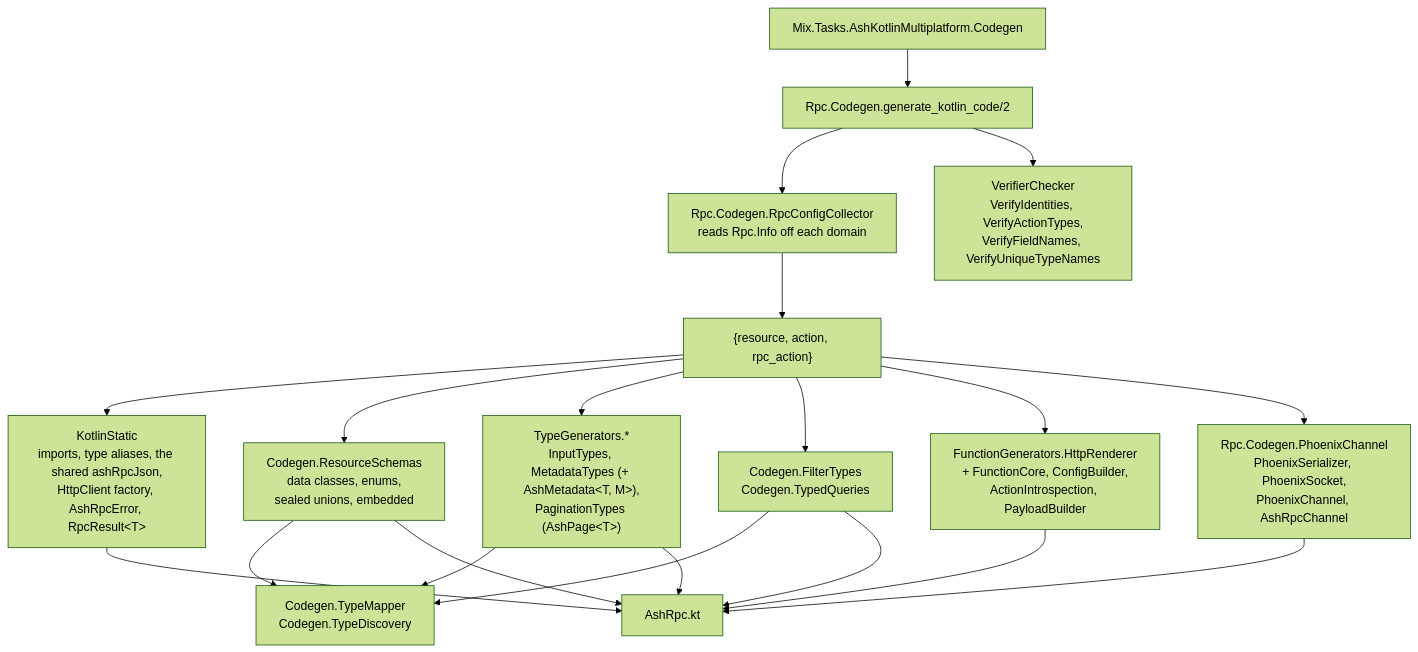
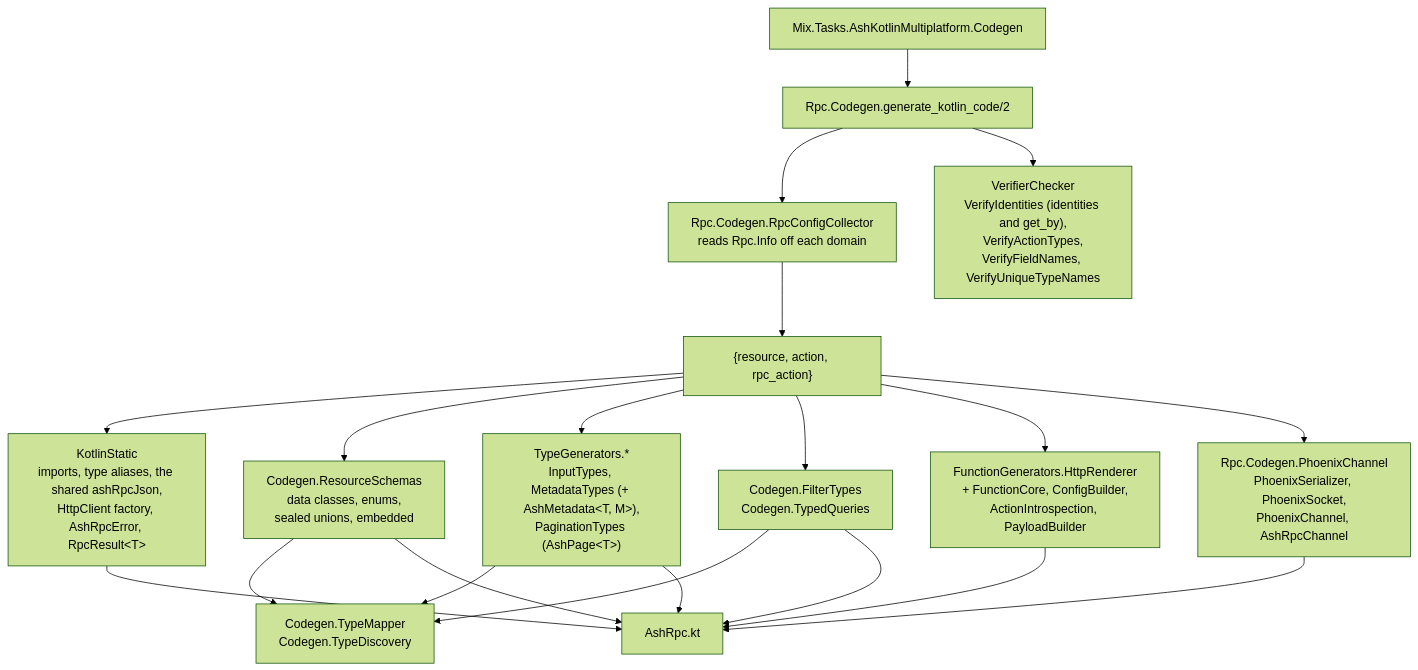
The third of 4 diagrams in docs/architecture.md (udin-io/ash_kotlin_multiplatform), drawn with Mermaid (forest theme) before and after one commit. The commit also changed other lines of this file and 4 other files, not shown here.

````diff
--- a/docs/architecture.md
+++ b/docs/architecture.md
@@ -88,27 +88,27 @@
 ```mermaid
 flowchart TD
     task["Mix.Tasks.AshKotlinMultiplatform.Codegen"] --> cg["Rpc.Codegen.generate_kotlin_code/2"]
 
     cg --> coll["Rpc.Codegen.RpcConfigCollector<br/>reads Rpc.Info off each domain"]
-    cg --> vc["VerifierChecker<br/>VerifyIdentities, VerifyActionTypes,<br/>VerifyFieldNames, VerifyUniqueTypeNames"]
+    cg --> vc["VerifierChecker<br/>VerifyIdentities (identities and get_by),<br/>VerifyActionTypes,<br/>VerifyFieldNames, VerifyUniqueTypeNames"]
 
     coll --> tuples["{resource, action, rpc_action}"]
 
     tuples --> static["KotlinStatic<br/>imports, type aliases, the shared ashRpcJson,<br/>HttpClient factory, AshRpcError, RpcResult&lt;T&gt;"]
     tuples --> schemas["Codegen.ResourceSchemas<br/>data classes, enums,<br/>sealed unions, embedded"]
     tuples --> types["TypeGenerators.*<br/>InputTypes, MetadataTypes (+ AshMetadata&lt;T, M&gt;),<br/>PaginationTypes (AshPage&lt;T&gt;)"]
     tuples --> filters["Codegen.FilterTypes<br/>Codegen.TypedQueries"]
     tuples --> fns["FunctionGenerators.HttpRenderer<br/>+ FunctionCore, ConfigBuilder,<br/>ActionIntrospection, PayloadBuilder"]
     tuples --> chan["Rpc.Codegen.PhoenixChannel<br/>PhoenixSerializer, PhoenixSocket,<br/>PhoenixChannel, AshRpcChannel"]
 
     schemas --> tm["Codegen.TypeMapper<br/>Codegen.TypeDiscovery"]
     types --> tm
     filters --> tm
 
     static --> out["AshRpc.kt"]
     schemas --> out
     types --> out
     filters --> out
     fns --> out
     chan --> out
 ```
````
